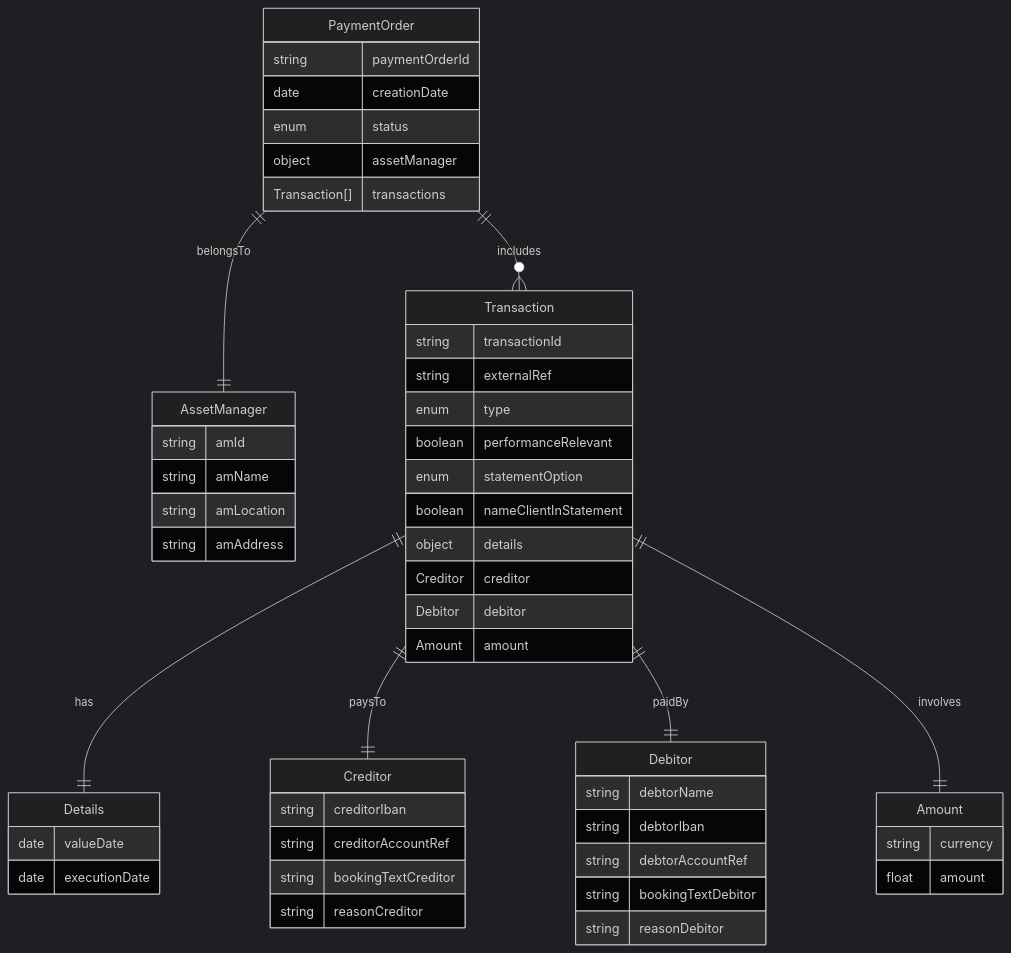
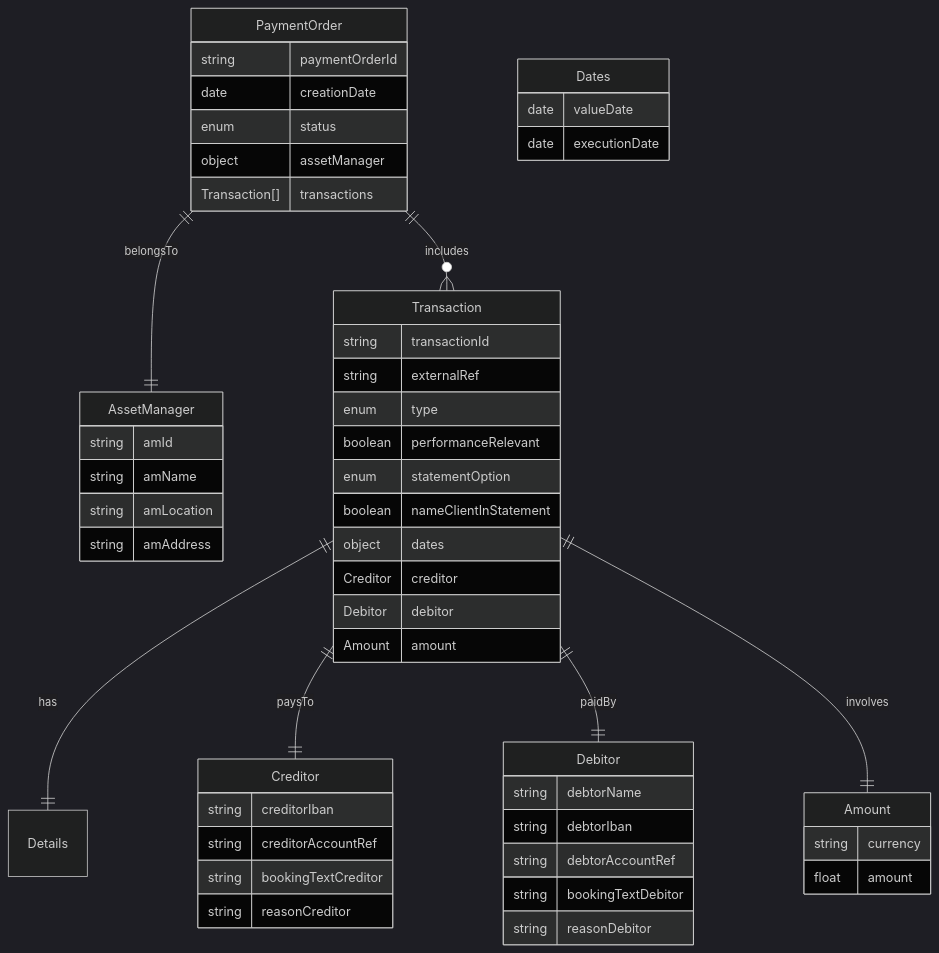
One commit to OWGreg/OpenWealth_Fee_API_Design changed the diagram in model.md. Above: the diagram before and after it, drawn with Mermaid (dark theme).

Commit message:
Update model.md
Details is new Dates

````diff
--- a/model.md
+++ b/model.md
@@ -3,63 +3,63 @@
 ```mermaid
 erDiagram
 
     PaymentOrder {
         string paymentOrderId
         date creationDate
         enum status
         object assetManager
         Transaction[] transactions
     }
 
     AssetManager {
         string amId
         string amName
         string amLocation
         string amAddress
     }
 
     Transaction {
         string transactionId
         string externalRef
         enum type
         boolean performanceRelevant
         enum statementOption
         boolean nameClientInStatement
-        object details
+        object dates
         Creditor creditor
         Debitor debitor
         Amount amount
     }
 
-    Details {
+    Dates {
         date valueDate
         date executionDate
     }
 
     Creditor {
         string creditorIban
         string creditorAccountRef
         string bookingTextCreditor
         string reasonCreditor
     }
 
     Debitor {
         string debtorName
         string debtorIban
         string debtorAccountRef
         string bookingTextDebitor
         string reasonDebitor
     }
 
     Amount {
         string currency
         float amount
     }
 
     PaymentOrder ||--|| AssetManager : belongsTo
     PaymentOrder ||--o{ Transaction : includes
     Transaction ||--|| Details : has
     Transaction ||--|| Creditor : paysTo
     Transaction ||--|| Debitor : paidBy
     Transaction ||--|| Amount : involves
 ```
````
